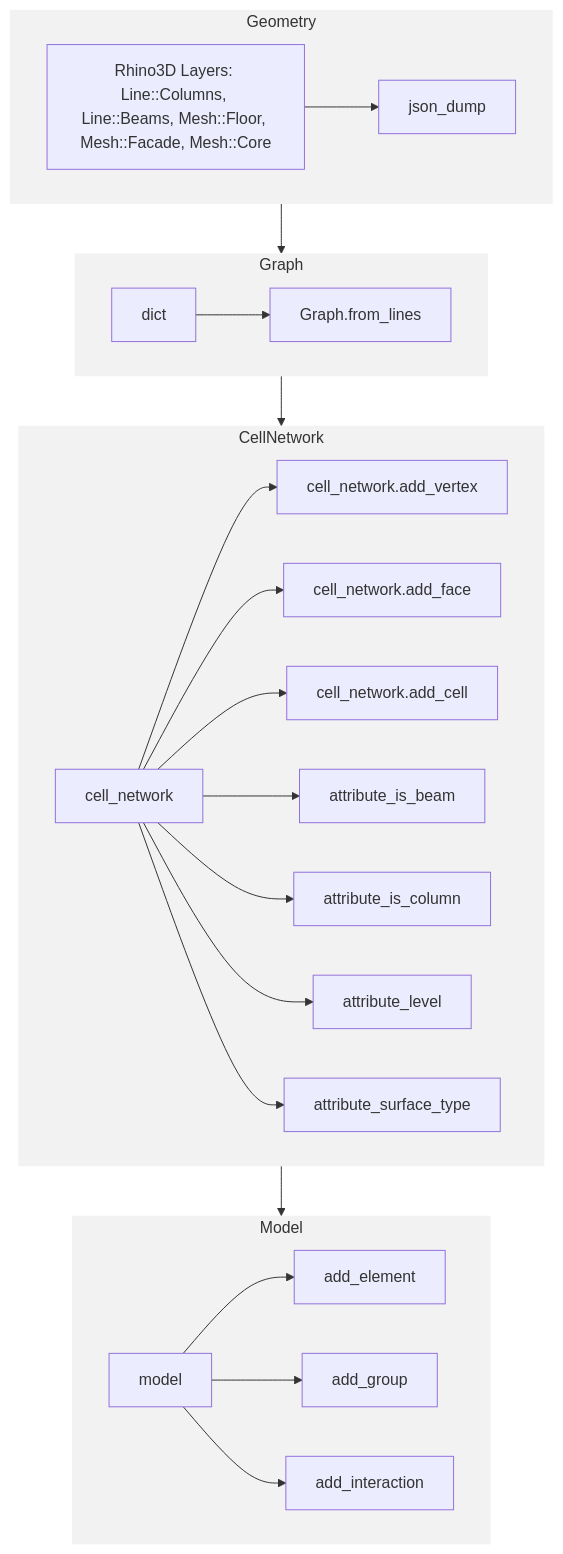
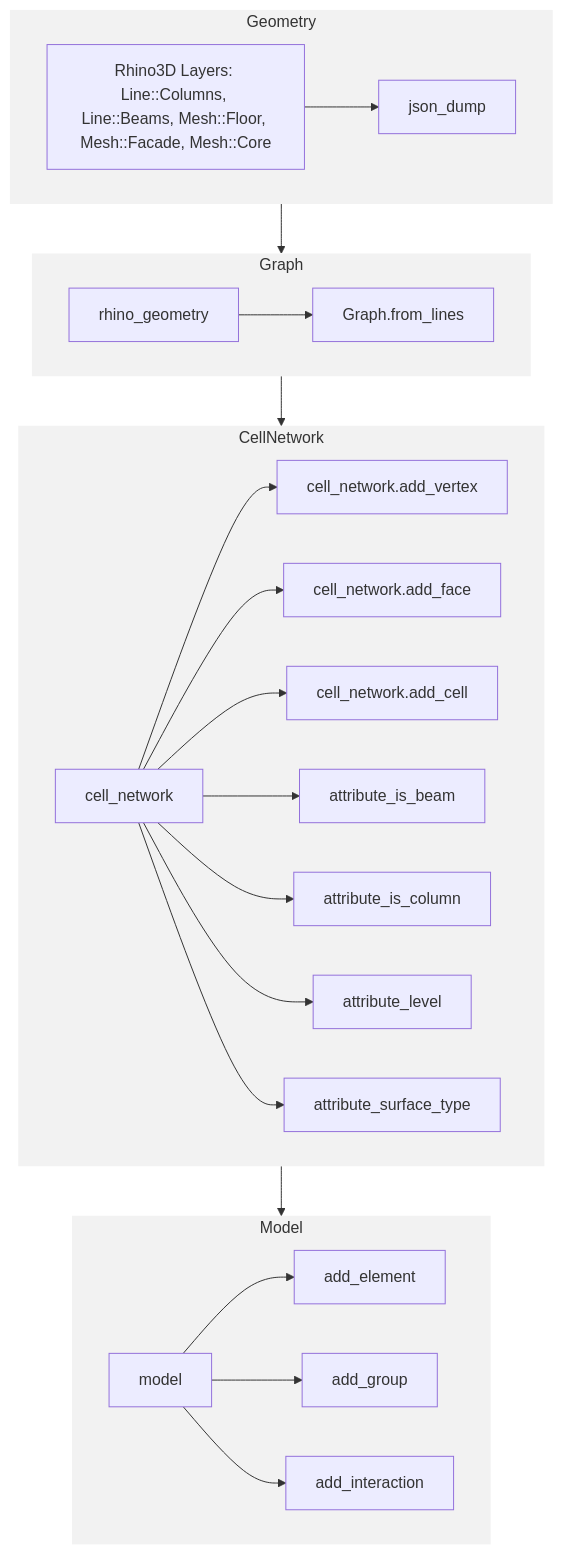
One commit to BRG-research/compas_grid changed the diagram in README.md. Above: the diagram before and after it, drawn with Mermaid.

````diff
--- a/README.md
+++ b/README.md
@@ -7,39 +7,39 @@
 ```mermaid
 flowchart TB
   %% Define custom classes https://mermaid.live
   classDef defaultStyle fill:000,stroke:#333,stroke-width:2px;
   classDef subgraphStyle fill:#f2f2f2,stroke:#333,stroke-width:0px;
 
   subgraph Geometry
       Selection[Rhino3D Layers: Line::Columns, Line::Beams, Mesh::Floor, Mesh::Facade, Mesh::Core] --> json_dump;
   end
 
   subgraph Graph
-      dict --> Graph.from_lines;
+      rhino_geometry --> Graph.from_lines;
   end
   
   subgraph CellNetwork
       cell_network --> cell_network.add_vertex;
       cell_network --> cell_network.add_face;
       cell_network --> cell_network.add_cell;
       cell_network --> attribute_is_beam;
       cell_network --> attribute_is_column;
       cell_network --> attribute_level;
       cell_network --> attribute_surface_type;
   end
 
   subgraph Model
       model --> add_element;
       model --> add_group;
       model --> add_interaction;
   end
   
   %% Define relationships
   Geometry --> Graph;
   Graph --> CellNetwork;
   CellNetwork --> Model;
   
   %% Apply subgraph-specific styles if needed
   class Geometry,Graph,CellNetwork,Model subgraphStyle;
 
 ```
````
